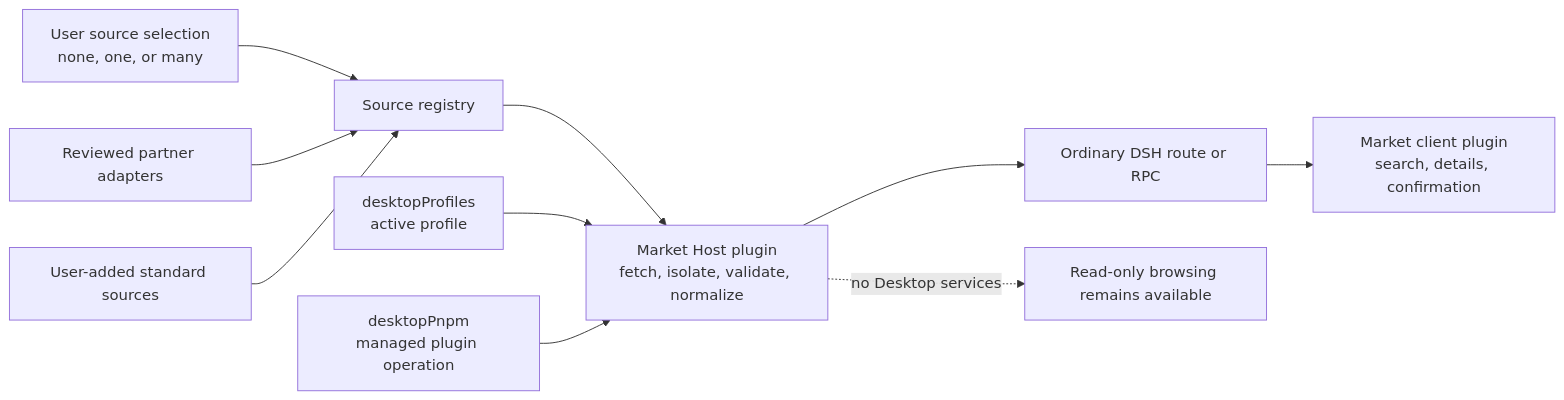
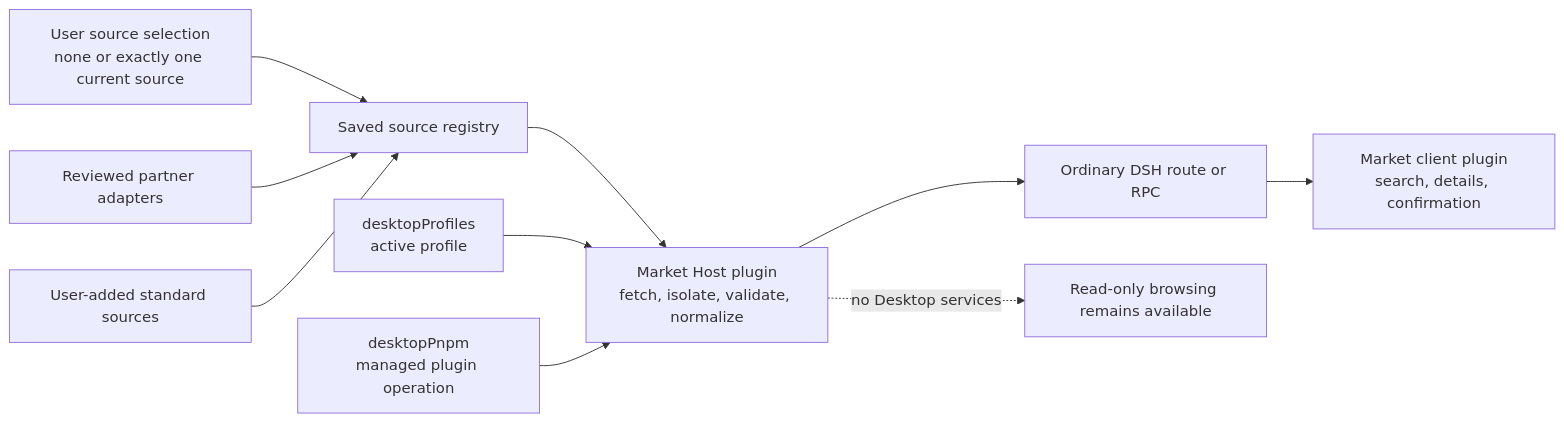
Before and after one commit to picoaide/picoaide-harness: the diagram in dsh-community-market/docs/market-shell.md, drawn with Mermaid. The commit also changed other lines of this file and 35 other files, not shown here.

````diff
--- a/dsh-community-market/docs/market-shell.md
+++ b/dsh-community-market/docs/market-shell.md
@@ -29,12 +29,12 @@
 ```mermaid
 flowchart LR
-    Selection["User source selection<br/>none, one, or many"] --> Registry["Source registry"]
+    Selection["User source selection<br/>none or exactly one current source"] --> Registry["Saved source registry"]
     Partner["Reviewed partner adapters"] --> Registry
     Standard["User-added standard sources"] --> Registry
     Registry --> Host["Market Host plugin<br/>fetch, isolate, validate, normalize"]
     Host --> Route["Ordinary DSH route or RPC"]
     Route --> Client["Market client plugin<br/>search, details, confirmation"]
     Profiles["desktopProfiles<br/>active profile"] --> Host
     Pnpm["desktopPnpm<br/>managed plugin operation"] --> Host
     Host -. "no Desktop services" .-> Browse["Read-only browsing remains available"]
 ```
````
